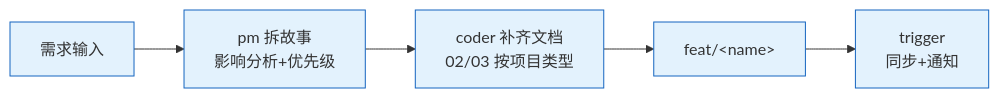
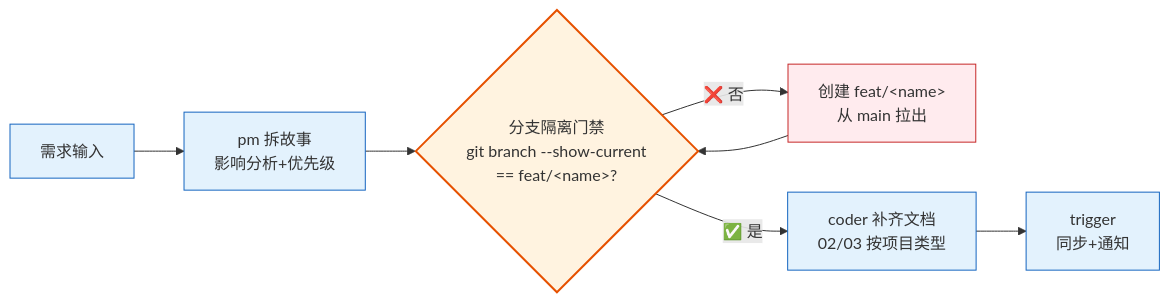
One commit to effiy/YrY changed the fifth of 11 diagrams in skills/rui/SKILL.md. Above: the diagram before and after it, drawn with Mermaid. The commit also changed other lines of this file and 4 other files, not shown here.

````diff
--- a/skills/rui/SKILL.md
+++ b/skills/rui/SKILL.md
@@ -200,8 +205,12 @@
 ```mermaid
 flowchart LR
     A[需求输入]:::s --> B[pm 拆故事<br/>影响分析+优先级]:::s
-    B --> C[coder 补齐文档<br/>02/03 按项目类型]:::s
-    C --> D[feat/&lt;name&gt;]:::s
-    D --> E[trigger<br/>同步+通知]:::s
+    B --> BR{"分支隔离门禁<br/>git branch --show-current<br/>== feat/&lt;name&gt;?"}:::gate
+    BR -->|"❌ 否"| BLOCK["创建 feat/&lt;name&gt;<br/>从 main 拉出"]:::block
+    BLOCK --> BR
+    BR -->|"✅ 是"| C[coder 补齐文档<br/>02/03 按项目类型]:::s
+    C --> D[trigger<br/>同步+通知]:::s
     classDef s fill:#e3f2fd,stroke:#1565c0;
+    classDef gate fill:#fff3e0,stroke:#e65100,stroke-width:2px;
+    classDef block fill:#ffebee,stroke:#c62828;
 ```
````
